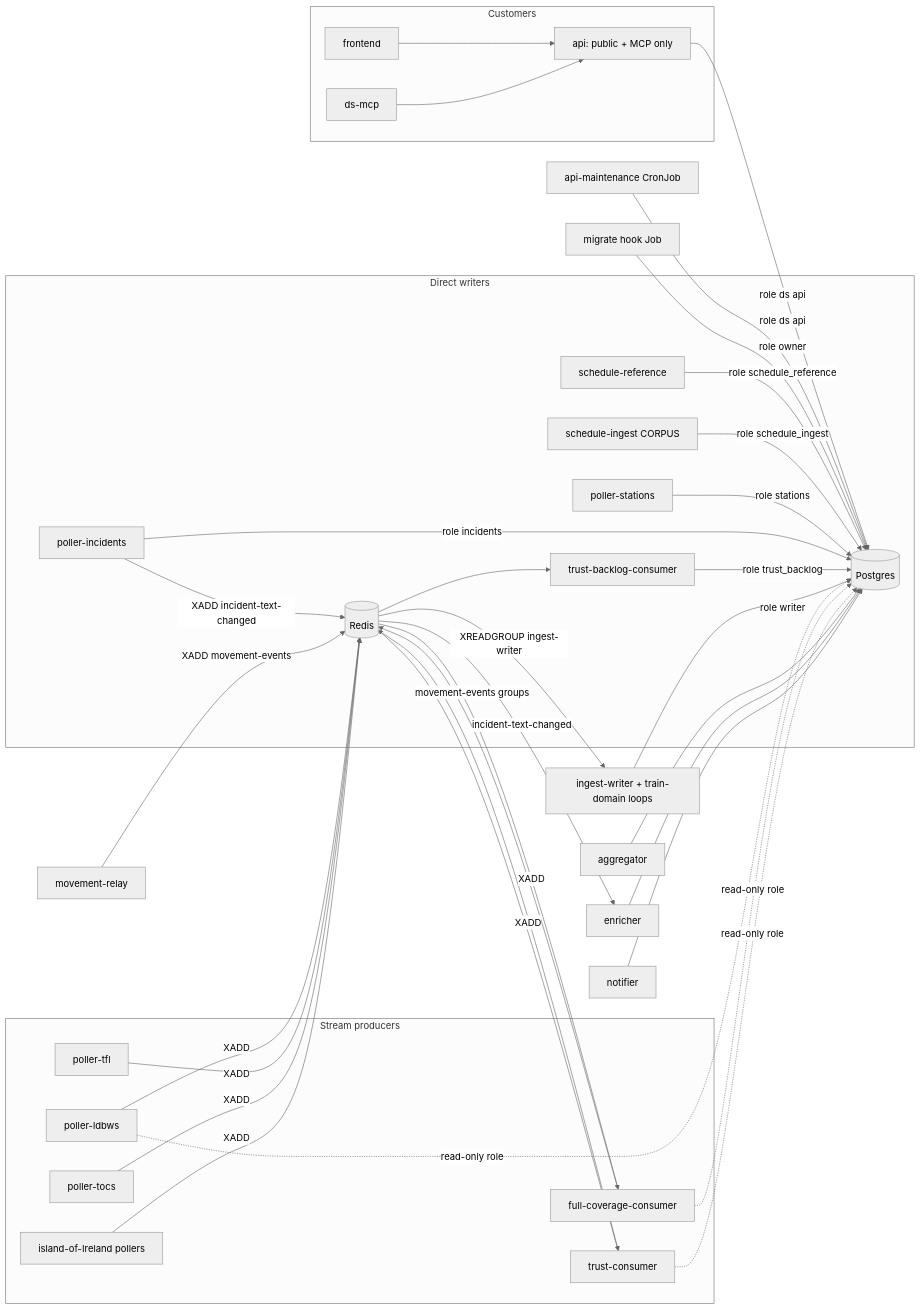
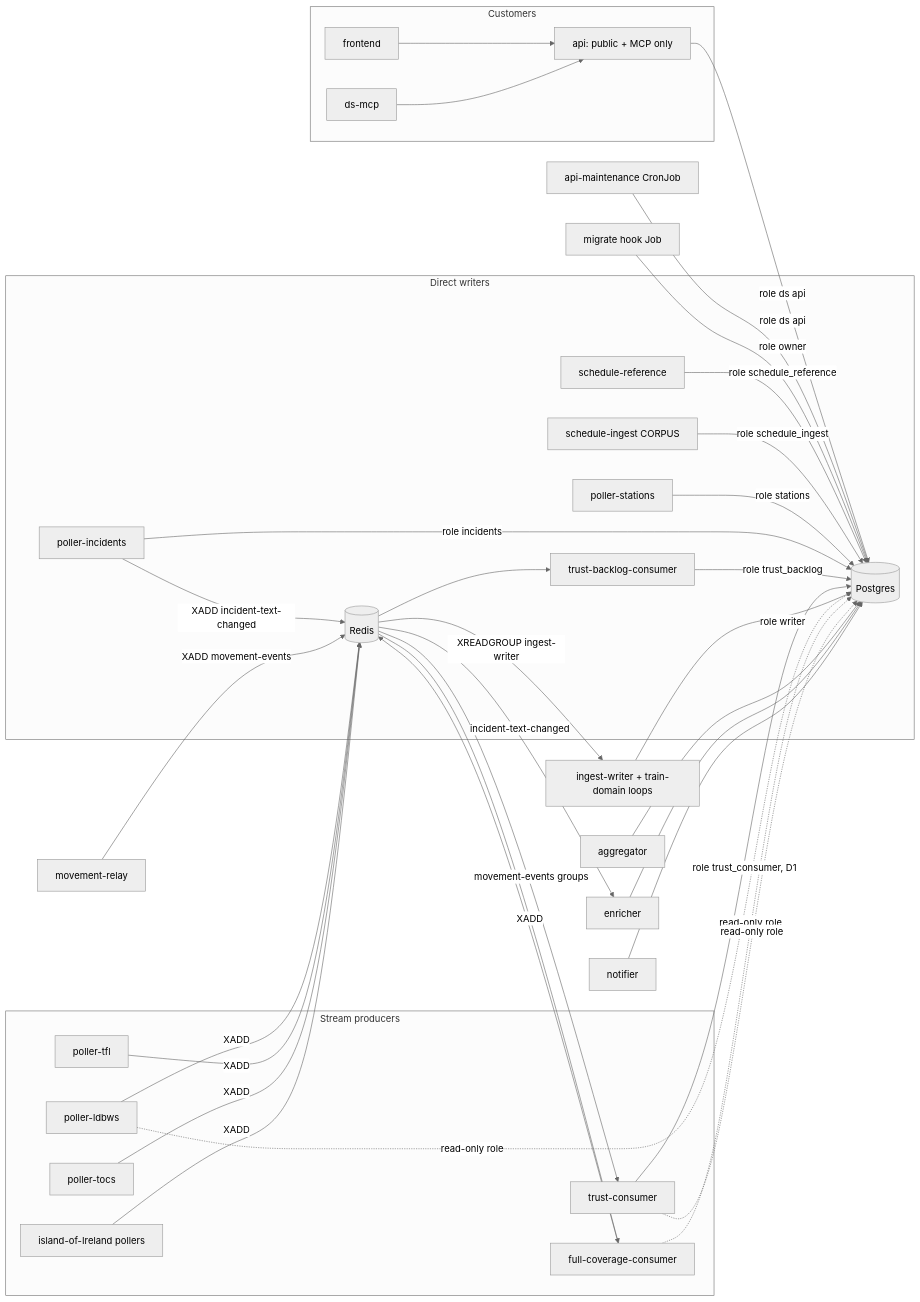
One commit to FasterSpeeding/Distant-Signal changed the diagram in docs/superpowers/specs/2026-10-06-ingest-architecture-design.md. Above: the diagram before and after it, drawn with Mermaid (neutral theme). The commit also changed other lines of this file and 1 other file, not shown here.

````diff
--- a/docs/superpowers/specs/2026-10-06-ingest-architecture-design.md
+++ b/docs/superpowers/specs/2026-10-06-ingest-architecture-design.md
@@ -314,45 +322,45 @@
 ```mermaid
 flowchart LR
   subgraph Customers
     FE[frontend] --> API
     MCP[ds-mcp] --> API
   end
   API[api: public + MCP only] -->|role ds api| PG[(Postgres)]
   MAINT[api-maintenance CronJob] -->|role ds api| PG
   MIG[migrate hook Job] -->|role owner| PG
 
   subgraph Direct writers
     SR[schedule-reference] -->|role schedule_reference| PG
     SI[schedule-ingest CORPUS] -->|role schedule_ingest| PG
     PS[poller-stations] -->|role stations| PG
     PI[poller-incidents] -->|role incidents| PG
     PI -->|XADD incident-text-changed| R[(Redis)]
     TB[trust-backlog-consumer] -->|role trust_backlog| PG
   end
 
   subgraph Stream producers
     LD[poller-ldbws] -->|XADD| R
     FC[full-coverage-consumer] -->|XADD| R
-    TC[trust-consumer] -->|XADD| R
+    TC[trust-consumer] -->|role trust_consumer, D1| PG
     TFL[poller-tfl] -->|XADD| R
     TOCS[poller-tocs] -->|XADD| R
     IOI[island-of-Ireland pollers] -->|XADD| R
   end
 
   R -->|XREADGROUP ingest-writer| W[ingest-writer + train-domain loops]
   W -->|role writer| PG
 
   MR[movement-relay] -->|XADD movement-events| R
   R -->|movement-events groups| TC
   R --> FC
   R --> TB
 
   LD -.->|read-only role| PG
   FC -.->|read-only role| PG
   TC -.->|read-only role| PG
 
   AGG[aggregator] --> PG
   ENR[enricher] --> PG
   NOT[notifier] --> PG
   R -->|incident-text-changed| ENR
 ```
````
